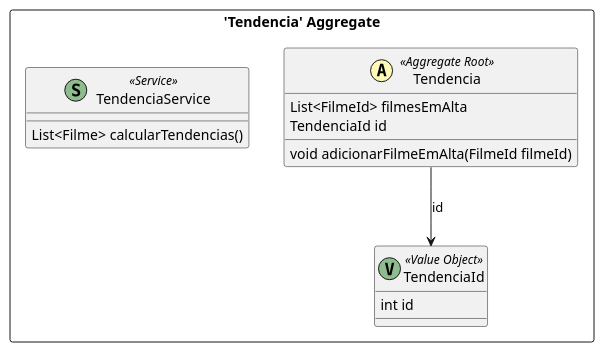
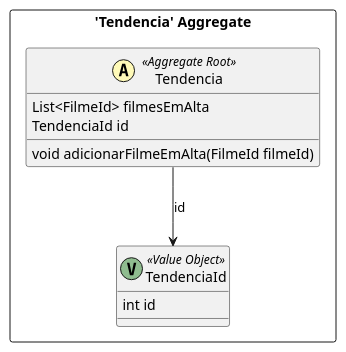
One commit to mariajuliapessoa/Plataforma-de-Cinema-Brasileiro changed the diagram in src-gen/Bracine_BC_Tendencia_Tendencia.puml. Above: the diagram before and after it, drawn with PlantUML. The commit also changed 10 other files, not shown here.

```diff
--- a/src-gen/Bracine_BC_Tendencia_Tendencia.puml
+++ b/src-gen/Bracine_BC_Tendencia_Tendencia.puml
@@ -1,21 +1,18 @@
 @startuml
 
 skinparam componentStyle uml2
 
 package "'Tendencia' Aggregate" <<Rectangle>> {
 	class Tendencia <<(A,#fffab8) Aggregate Root>> {
 		List<FilmeId> filmesEmAlta
 		TendenciaId id
 		void adicionarFilmeEmAlta(FilmeId filmeId)
 	}
 	class TendenciaId <<(V,DarkSeaGreen) Value Object>> {
 		int id
 	}
-	class TendenciaService <<(S,DarkSeaGreen) Service>> {
-		List<Filme> calcularTendencias()
-	}
 }
 Tendencia --> TendenciaId : id
 
 
 @enduml
```
